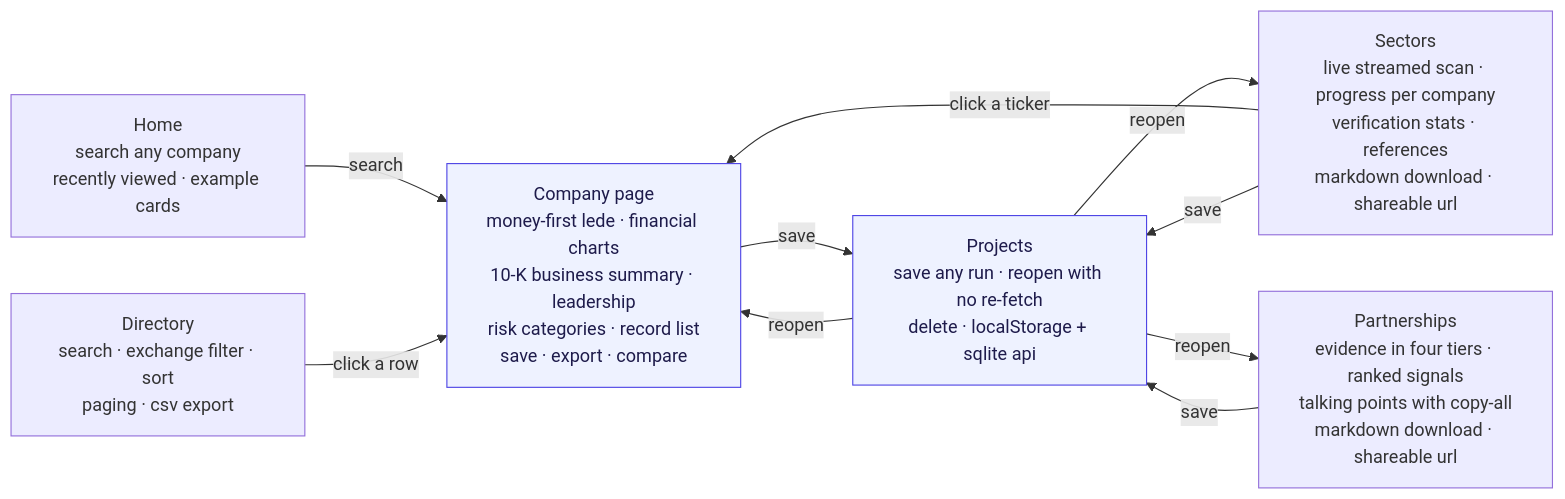
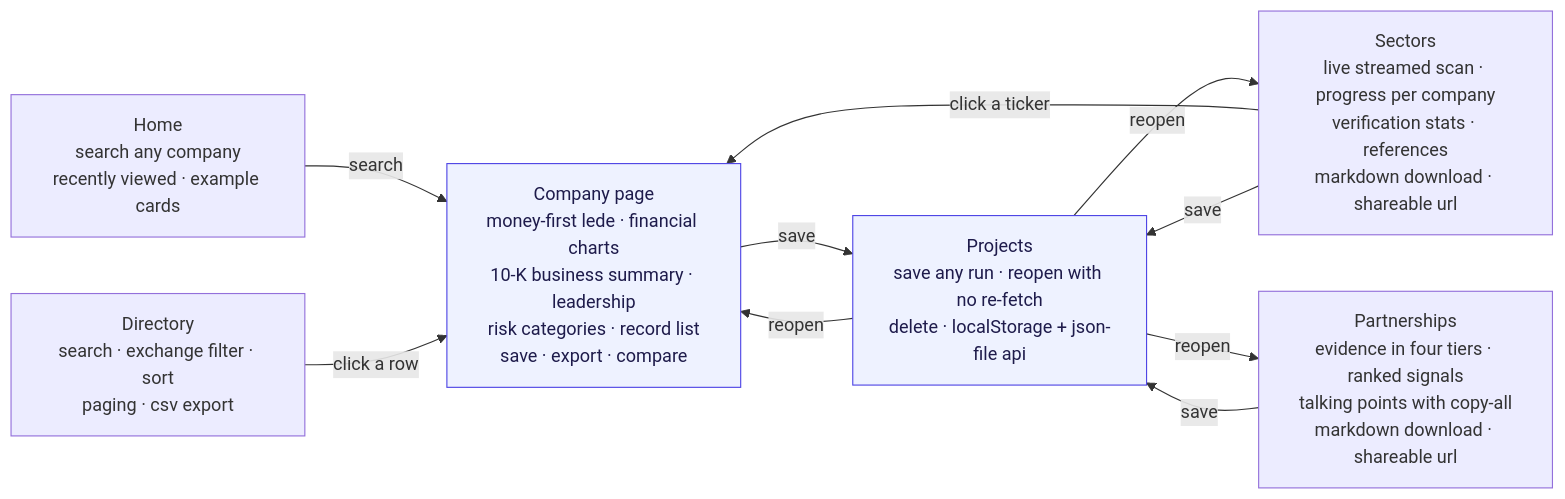
One commit to AidanColvin/dossier changed the third of 11 diagrams in README.md. Above: the diagram before and after it, drawn with Mermaid. The commit also changed other lines of this file and 3 other files, not shown here.

First line of the commit message:
store: json file instead of sqlite for saved projects

````diff
--- a/README.md
+++ b/README.md
@@ -139,18 +139,18 @@
 ```mermaid
 flowchart LR
     HOME["Home<br/>search any company<br/>recently viewed · example cards"]
     CO["Company page<br/>money-first lede · financial charts<br/>10-K business summary · leadership<br/>risk categories · record list<br/>save · export · compare"]
     SE["Sectors<br/>live streamed scan · progress per company<br/>verification stats · references<br/>markdown download · shareable url"]
     PA["Partnerships<br/>evidence in four tiers · ranked signals<br/>talking points with copy-all<br/>markdown download · shareable url"]
     DI["Directory<br/>search · exchange filter · sort<br/>paging · csv export"]
-    PR["Projects<br/>save any run · reopen with no re-fetch<br/>delete · localStorage + sqlite api"]
+    PR["Projects<br/>save any run · reopen with no re-fetch<br/>delete · localStorage + json-file api"]
 
     HOME -->|"search"| CO
     SE -->|"click a ticker"| CO
     DI -->|"click a row"| CO
     CO & SE & PA -->|"save"| PR
     PR -->|"reopen"| CO & SE & PA
 
     classDef hub fill:#eef2ff,stroke:#4f46e5,color:#1e1b4b;
     class CO,PR hub;
 ```
````
